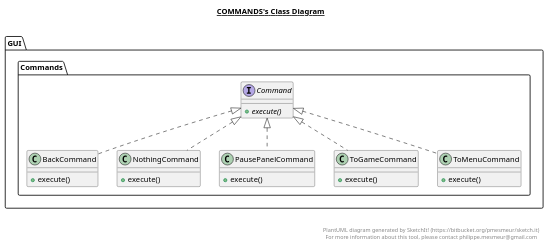
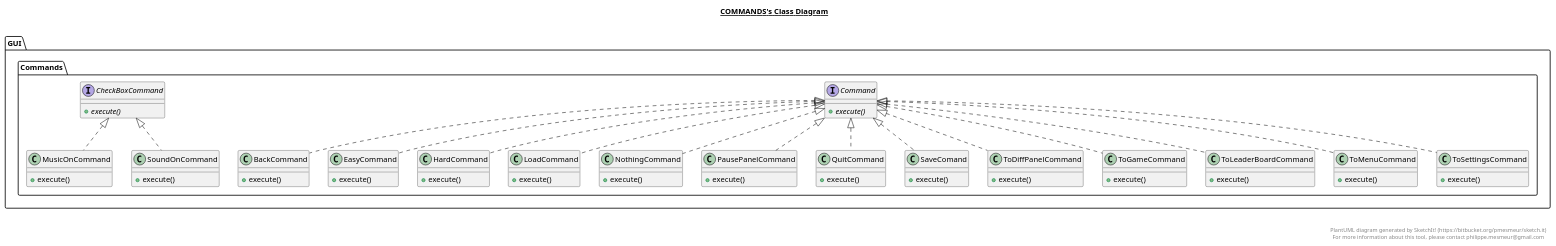
One commit to IulianMurariu-Tanasache/ProiectPAOO_FirstDungeon changed the diagram in out/production/_Proiect/GUI/Commands/Commands.plantuml. Above: the diagram before and after it, drawn with PlantUML. The commit also changed 186 other files, not shown here.

```diff
--- a/out/production/_Proiect/GUI/Commands/Commands.plantuml
+++ b/out/production/_Proiect/GUI/Commands/Commands.plantuml
@@ -1,73 +1,148 @@
 @startuml
 
 title __COMMANDS's Class Diagram__\n
 
-  namespace GUI {
-    namespace Commands {
-      class GUI.Commands.BackCommand {
-          + execute()
-      }
+  namespace GUI.Commands {
+    class GUI.Commands.BackCommand {
+        + execute()
     }
   }
   
 
-  namespace GUI {
-    namespace Commands {
-      interface GUI.Commands.Command {
-          {abstract} + execute()
-      }
+  namespace GUI.Commands {
+    interface GUI.Commands.CheckBoxCommand {
+        {abstract} + execute()
     }
   }
   
 
-  namespace GUI {
-    namespace Commands {
-      class GUI.Commands.NothingCommand {
-          + execute()
-      }
+  namespace GUI.Commands {
+    interface GUI.Commands.Command {
+        {abstract} + execute()
     }
   }
   
 
-  namespace GUI {
-    namespace Commands {
-      class GUI.Commands.PausePanelCommand {
-          + execute()
-      }
+  namespace GUI.Commands {
+    class GUI.Commands.EasyCommand {
+        + execute()
     }
   }
   
 
-  namespace GUI {
-    namespace Commands {
-      class GUI.Commands.ToGameCommand {
-          + execute()
-      }
+  namespace GUI.Commands {
+    class GUI.Commands.HardCommand {
+        + execute()
     }
   }
   
 
-  namespace GUI {
-    namespace Commands {
-      class GUI.Commands.ToMenuCommand {
-          + execute()
-      }
+  namespace GUI.Commands {
+    class GUI.Commands.LoadCommand {
+        + execute()
+    }
+  }
+  
+
+  namespace GUI.Commands {
+    class GUI.Commands.MusicOnCommand {
+        + execute()
+    }
+  }
+  
+
+  namespace GUI.Commands {
+    class GUI.Commands.NothingCommand {
+        + execute()
+    }
+  }
+  
+
+  namespace GUI.Commands {
+    class GUI.Commands.PausePanelCommand {
+        + execute()
+    }
+  }
+  
+
+  namespace GUI.Commands {
+    class GUI.Commands.QuitCommand {
+        + execute()
+    }
+  }
+  
+
+  namespace GUI.Commands {
+    class GUI.Commands.SaveComand {
+        + execute()
+    }
+  }
+  
+
+  namespace GUI.Commands {
+    class GUI.Commands.SoundOnCommand {
+        + execute()
+    }
+  }
+  
+
+  namespace GUI.Commands {
+    class GUI.Commands.ToDiffPanelCommand {
+        + execute()
+    }
+  }
+  
+
+  namespace GUI.Commands {
+    class GUI.Commands.ToGameCommand {
+        + execute()
+    }
+  }
+  
+
+  namespace GUI.Commands {
+    class GUI.Commands.ToLeaderBoardCommand {
+        + execute()
+    }
+  }
+  
+
+  namespace GUI.Commands {
+    class GUI.Commands.ToMenuCommand {
+        + execute()
+    }
+  }
+  
+
+  namespace GUI.Commands {
+    class GUI.Commands.ToSettingsCommand {
+        + execute()
     }
   }
   
 
   GUI.Commands.BackCommand .up.|> GUI.Commands.Command
+  GUI.Commands.EasyCommand .up.|> GUI.Commands.Command
+  GUI.Commands.HardCommand .up.|> GUI.Commands.Command
+  GUI.Commands.LoadCommand .up.|> GUI.Commands.Command
+  GUI.Commands.MusicOnCommand .up.|> GUI.Commands.CheckBoxCommand
   GUI.Commands.NothingCommand .up.|> GUI.Commands.Command
   GUI.Commands.PausePanelCommand .up.|> GUI.Commands.Command
+  GUI.Commands.QuitCommand .up.|> GUI.Commands.Command
+  GUI.Commands.SaveComand .up.|> GUI.Commands.Command
+  GUI.Commands.SoundOnCommand .up.|> GUI.Commands.CheckBoxCommand
+  GUI.Commands.ToDiffPanelCommand .up.|> GUI.Commands.Command
   GUI.Commands.ToGameCommand .up.|> GUI.Commands.Command
+  GUI.Commands.ToLeaderBoardCommand .up.|> GUI.Commands.Command
   GUI.Commands.ToMenuCommand .up.|> GUI.Commands.Command
+  GUI.Commands.ToSettingsCommand .up.|> GUI.Commands.Command
 
 
 right footer
 
 
 PlantUML diagram generated by SketchIt! (https://bitbucket.org/pmesmeur/sketch.it)
 For more information about this tool, please contact philippe.mesmeur@gmail.com
 endfooter
 
 @enduml
```
